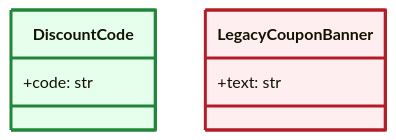
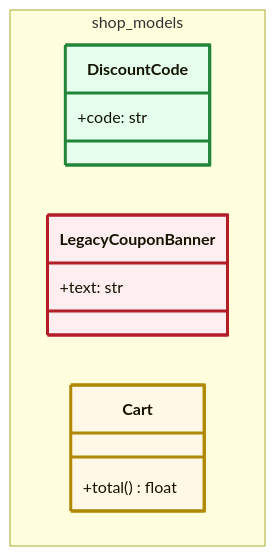
One commit to t29mato/design-diff changed the diagram in docs/design/spikes/mermaid_style_statement_test.md. Above: the diagram before and after it, drawn with Mermaid. The commit also changed other lines of this file, not shown here.

Commit message:
test: namespace+style+label併用のGitHub実機検証(後で削除予定)

````diff
--- a/docs/design/spikes/mermaid_style_statement_test.md
+++ b/docs/design/spikes/mermaid_style_statement_test.md
@@ -3,11 +5,17 @@
 ```mermaid
 classDiagram
-    class DiscountCode {
-        +code: str
+    namespace shop_models {
+        class shop_models_DiscountCode["DiscountCode"] {
+            +code: str
+        }
+        class shop_models_LegacyCouponBanner["LegacyCouponBanner"] {
+            +text: str
+        }
+        class shop_models_Cart["Cart"] {
+            +total() float
+        }
     }
-    class LegacyCouponBanner {
-        +text: str
-    }
-    style DiscountCode fill:#e6ffed,stroke:#22863a,stroke-width:3px
-    style LegacyCouponBanner fill:#ffeef0,stroke:#b31d28,stroke-width:3px
+    style shop_models_DiscountCode fill:#e6ffed,stroke:#22863a,stroke-width:3px
+    style shop_models_LegacyCouponBanner fill:#ffeef0,stroke:#b31d28,stroke-width:3px
+    style shop_models_Cart fill:#fff8e6,stroke:#b08800,stroke-width:3px
 ```
````
